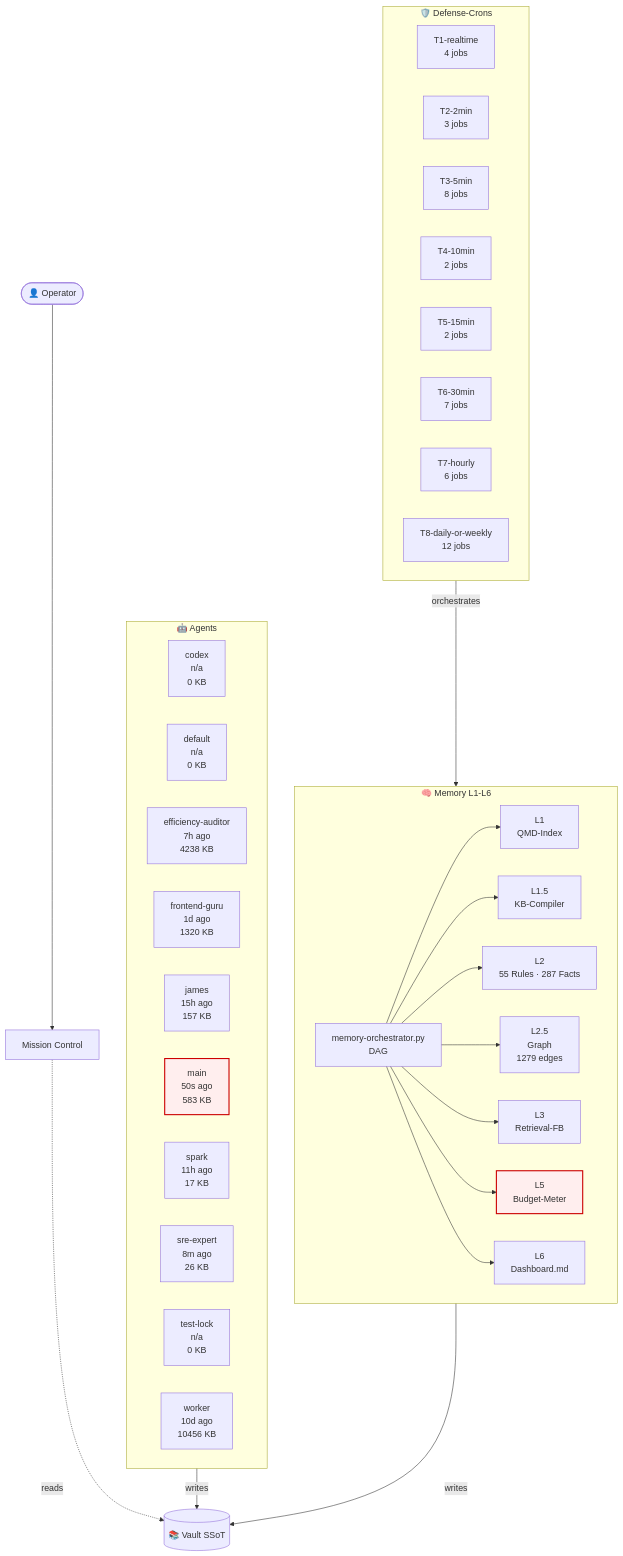
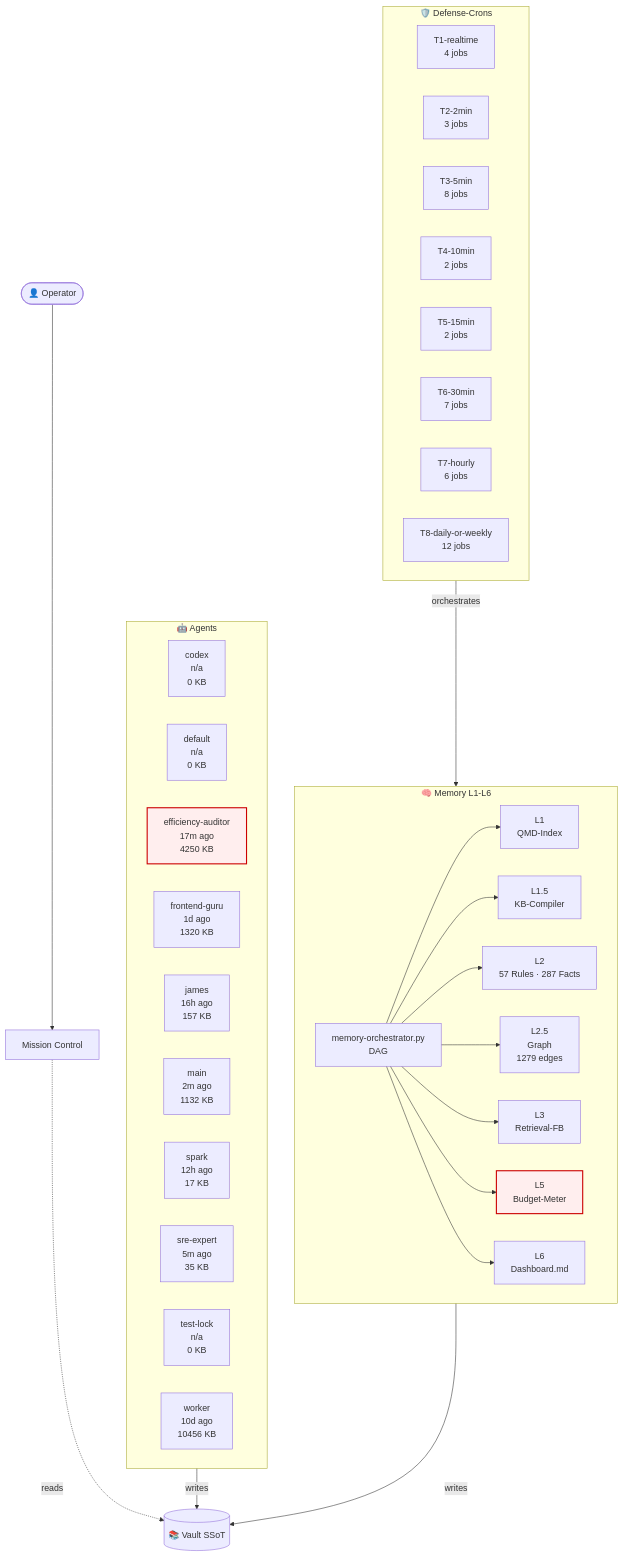
One commit to lenardhuebner88-rgb/openclaw-memory changed the diagram in 03-Agents/architecture-live.md. Above: the diagram before and after it, drawn with Mermaid. The commit also changed other lines of this file and 17 other files, not shown here.

````diff
--- a/03-Agents/architecture-live.md
+++ b/03-Agents/architecture-live.md
@@ -18,53 +18,53 @@
 ```mermaid
 flowchart TB
     classDef critical fill:#fee,stroke:#c00,stroke-width:2px;
     subgraph AGT["🤖 Agents"]
         agent_codex["codex<br/>n/a<br/>0 KB"]
         agent_default["default<br/>n/a<br/>0 KB"]
-        agent_efficiency_auditor["efficiency-auditor<br/>7h ago<br/>4238 KB"]
+        agent_efficiency_auditor["efficiency-auditor<br/>17m ago<br/>4250 KB"]
         agent_frontend_guru["frontend-guru<br/>1d ago<br/>1320 KB"]
-        agent_james["james<br/>15h ago<br/>157 KB"]
-        agent_main["main<br/>50s ago<br/>583 KB"]
-        agent_spark["spark<br/>11h ago<br/>17 KB"]
-        agent_sre_expert["sre-expert<br/>8m ago<br/>26 KB"]
+        agent_james["james<br/>16h ago<br/>157 KB"]
+        agent_main["main<br/>2m ago<br/>1132 KB"]
+        agent_spark["spark<br/>12h ago<br/>17 KB"]
+        agent_sre_expert["sre-expert<br/>5m ago<br/>35 KB"]
         agent_test_lock["test-lock<br/>n/a<br/>0 KB"]
         agent_worker["worker<br/>10d ago<br/>10456 KB"]
     end
     subgraph MEM["🧠 Memory L1-L6"]
         L1["L1<br/>QMD-Index"]
         L15["L1.5<br/>KB-Compiler"]
-        L2["L2<br/>55 Rules · 287 Facts"]
+        L2["L2<br/>57 Rules · 287 Facts"]
         L25["L2.5<br/>Graph<br/>1279 edges"]
         L3["L3<br/>Retrieval-FB"]
         L5["L5<br/>Budget-Meter"]
         L6["L6<br/>Dashboard.md"]
         ORCH["memory-orchestrator.py<br/>DAG"]
     end
     subgraph CRN["🛡️ Defense-Crons"]
         tier_T1_realtime["T1-realtime<br/>4 jobs"]
         tier_T2_2min["T2-2min<br/>3 jobs"]
         tier_T3_5min["T3-5min<br/>8 jobs"]
         tier_T4_10min["T4-10min<br/>2 jobs"]
         tier_T5_15min["T5-15min<br/>2 jobs"]
         tier_T6_30min["T6-30min<br/>7 jobs"]
         tier_T7_hourly["T7-hourly<br/>6 jobs"]
         tier_T8_daily_or_weekly["T8-daily-or-weekly<br/>12 jobs"]
     end
     VAULT[("📚 Vault SSoT")]
     OP([👤 Operator])
     MC["Mission Control"]
     OP --> MC
     MC -.reads.-> VAULT
     AGT -->|writes| VAULT
     MEM -->|writes| VAULT
     ORCH --> L1
     ORCH --> L15
     ORCH --> L2
     ORCH --> L25
     ORCH --> L3
     ORCH --> L5
     ORCH --> L6
     CRN -->|orchestrates| MEM
     class L5 critical
-    class agent_main critical
+    class agent_efficiency_auditor critical
 ```
````
